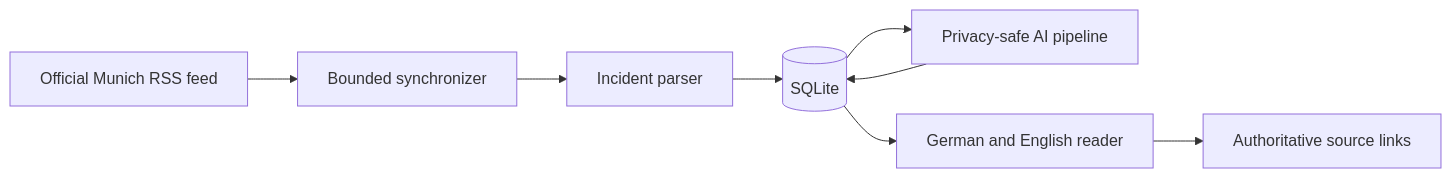
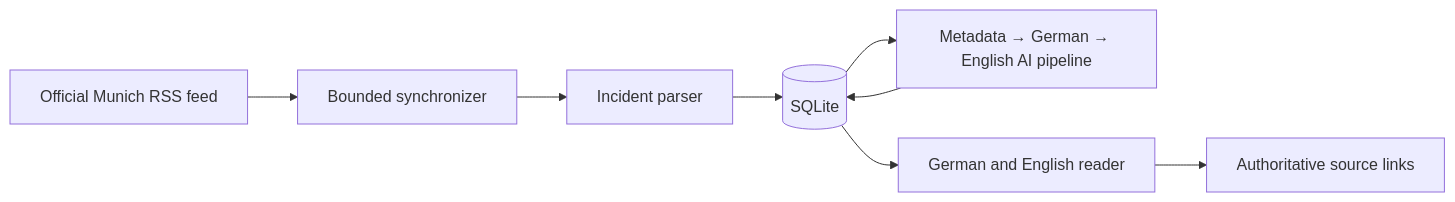
One commit to egekocabas/munichbrief changed the diagram in README.md. Above: the diagram before and after it, drawn with Mermaid. The commit also changed other lines of this file and 6 other files, not shown here.

````diff
--- a/README.md
+++ b/README.md
@@ -66,10 +67,10 @@
 ```mermaid
 flowchart LR
     RSS["Official Munich RSS feed"] --> Sync["Bounded synchronizer"]
     Sync --> Parser["Incident parser"]
     Parser --> DB[("SQLite")]
-    DB --> Pipeline["Privacy-safe AI pipeline"]
+	DB --> Pipeline["Metadata → German → English AI pipeline"]
     Pipeline --> DB
     DB --> Reader["German and English reader"]
     Reader --> Source["Authoritative source links"]
 ```
````
